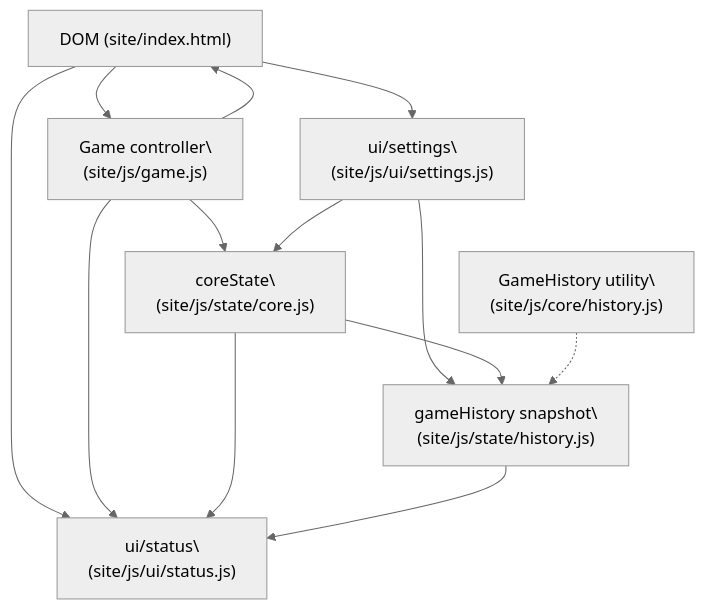
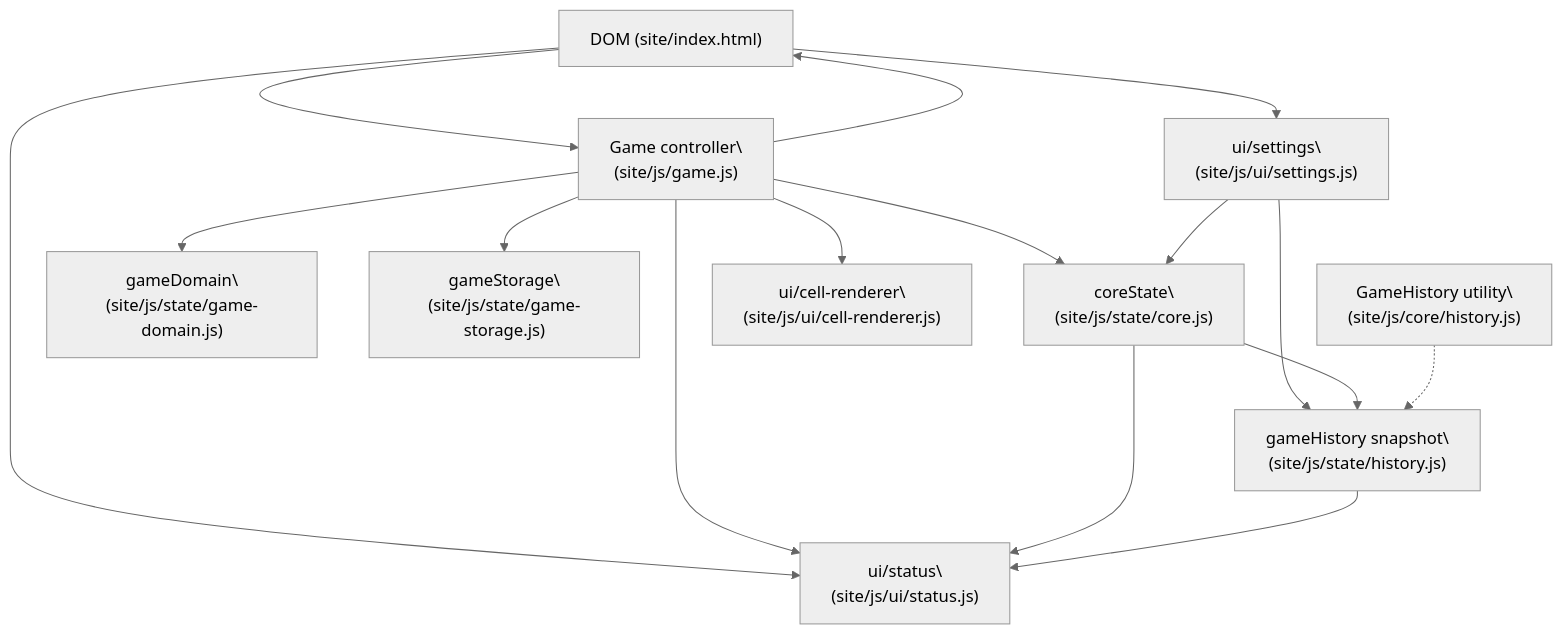
One commit to Alex-Unnippillil/tictactoe changed the diagram in docs/architecture/overview.md. Above: the diagram before and after it, drawn with Mermaid (neutral theme). The commit also changed other lines of this file and 7 other files, not shown here.

Commit message:
refactor: split game controller into domain storage and UI modules

````diff
--- a/docs/architecture/overview.md
+++ b/docs/architecture/overview.md
@@ -7,23 +7,29 @@
 ```mermaid
 graph TD
   DOM["DOM (site/index.html)"]
   GameController["Game controller\\n(site/js/game.js)"]
   coreState["coreState\\n(site/js/state/core.js)"]
   gameHistory["gameHistory snapshot\\n(site/js/state/history.js)"]
+  gameDomain["gameDomain\\n(site/js/state/game-domain.js)"]
+  gameStorage["gameStorage\\n(site/js/state/game-storage.js)"]
   GameHistory["GameHistory utility\\n(site/js/core/history.js)"]
   uiStatus["ui/status\\n(site/js/ui/status.js)"]
+  cellRenderer["ui/cell-renderer\\n(site/js/ui/cell-renderer.js)"]
   uiSettings["ui/settings\\n(site/js/ui/settings.js)"]
 
   DOM --> GameController
   DOM --> uiStatus
   DOM --> uiSettings
   GameController --> DOM
   GameController --> coreState
+  GameController --> gameDomain
+  GameController --> gameStorage
+  GameController --> cellRenderer
   GameController --> uiStatus
   uiSettings --> coreState
   uiSettings --> gameHistory
   coreState --> uiStatus
   coreState --> gameHistory
   gameHistory --> uiStatus
   GameHistory -.-> gameHistory
 ```
````
